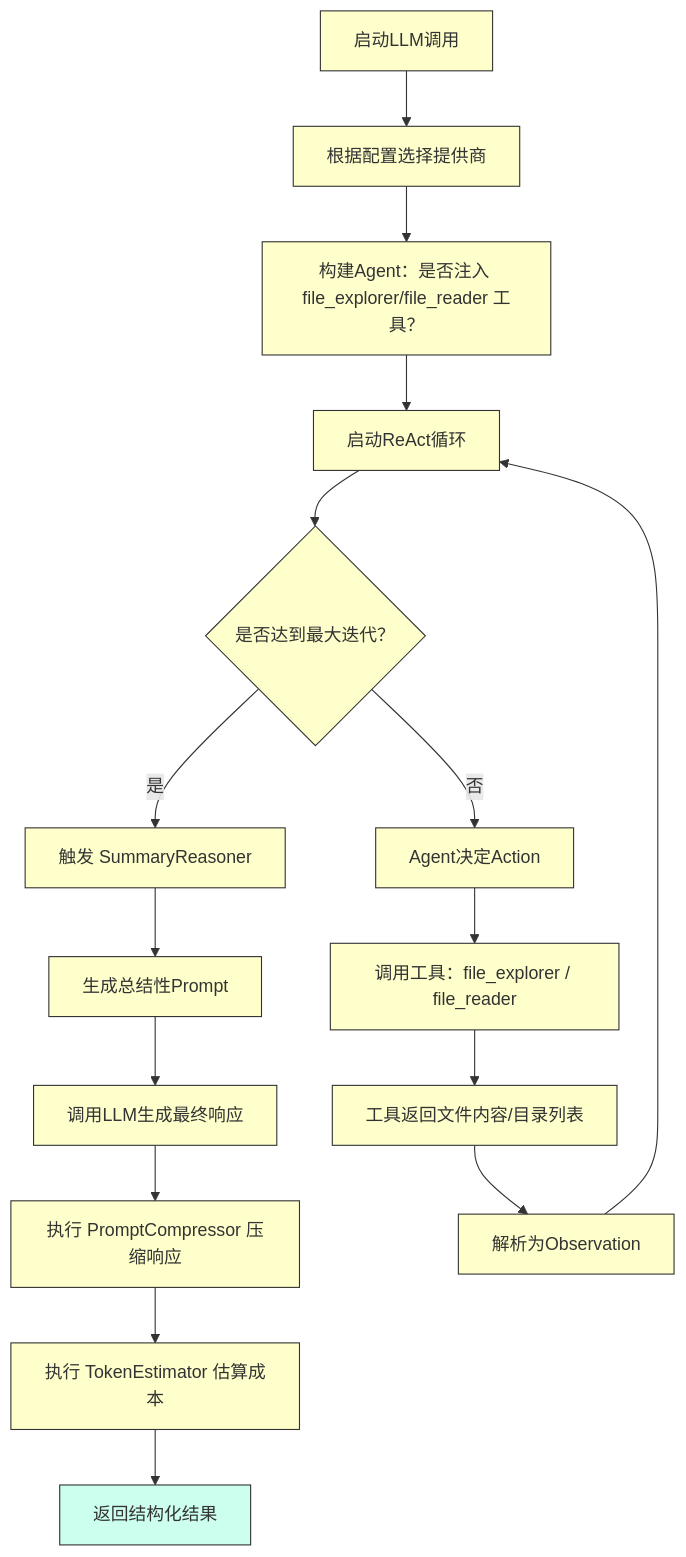
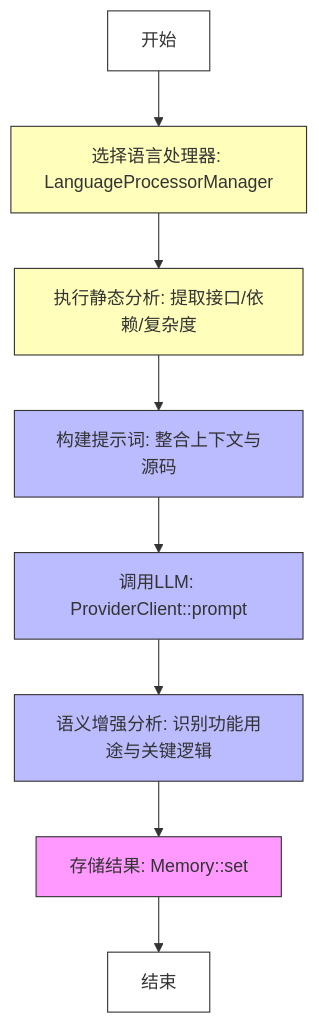
One commit to BigtoC/deepwiki-rs changed the fourth of 6 diagrams in docs/2、架构概览.md. Above: the diagram before and after it, drawn with Mermaid. The commit also changed other lines of this file and 12 other files, not shown here.

````diff
--- a/docs/2、架构概览.md
+++ b/docs/2、架构概览.md
@@ -408,34 +354,19 @@
 ```mermaid
 graph TD
-    A[启动LLM调用] --> B[根据配置选择提供商]
-    B --> C[构建Agent：是否注入 file_explorer/file_reader 工具？]
-    C --> D[启动ReAct循环]
-    D --> E{是否达到最大迭代？}
-    E -- 是 --> F[触发 SummaryReasoner]
-    F --> G[生成总结性Prompt]
-    G --> H[调用LLM生成最终响应]
-    E -- 否 --> I[Agent决定Action]
-    I --> J[调用工具：file_explorer / file_reader]
-    J --> K[工具返回文件内容/目录列表]
-    K --> L[解析为Observation]
-    L --> D
-    H --> M[执行 PromptCompressor 压缩响应]
-    M --> N[执行 TokenEstimator 估算成本]
-    N --> O[返回结构化结果]
+    A[开始] --> B[选择语言处理器: LanguageProcessorManager]
+    B --> C[执行静态分析: 提取接口/依赖/复杂度]
+    C --> D[构建提示词: 整合上下文与源码]
+    D --> E[调用LLM: ProviderClient::prompt]
+    E --> F[语义增强分析: 识别功能用途与关键逻辑]
+    F --> G[存储结果: Memory::set]
+    G --> H[结束]
 
-    style A fill:#ffc,stroke:#333
-    style B fill:#ffc,stroke:#333
-    style C fill:#ffc,stroke:#333
-    style D fill:#ffc,stroke:#333
-    style E fill:#ffc,stroke:#333
-    style F fill:#ffc,stroke:#333
-    style G fill:#ffc,stroke:#333
-    style H fill:#ffc,stroke:#333
-    style I fill:#ffc,stroke:#333
-    style J fill:#ffc,stroke:#333
-    style K fill:#ffc,stroke:#333
-    style L fill:#ffc,stroke:#333
-    style M fill:#ffc,stroke:#333
-    style N fill:#ffc,stroke:#333
-    style O fill:#cfe,stroke:#333
+    style A fill:#fff,stroke:#333
+    style B fill:#ffb,stroke:#333
+    style C fill:#ffb,stroke:#333
+    style D fill:#bbf,stroke:#333
+    style E fill:#bbf,stroke:#333
+    style F fill:#bbf,stroke:#333
+    style G fill:#f9f,stroke:#333
+    style H fill:#fff,stroke:#333
 ```
````
